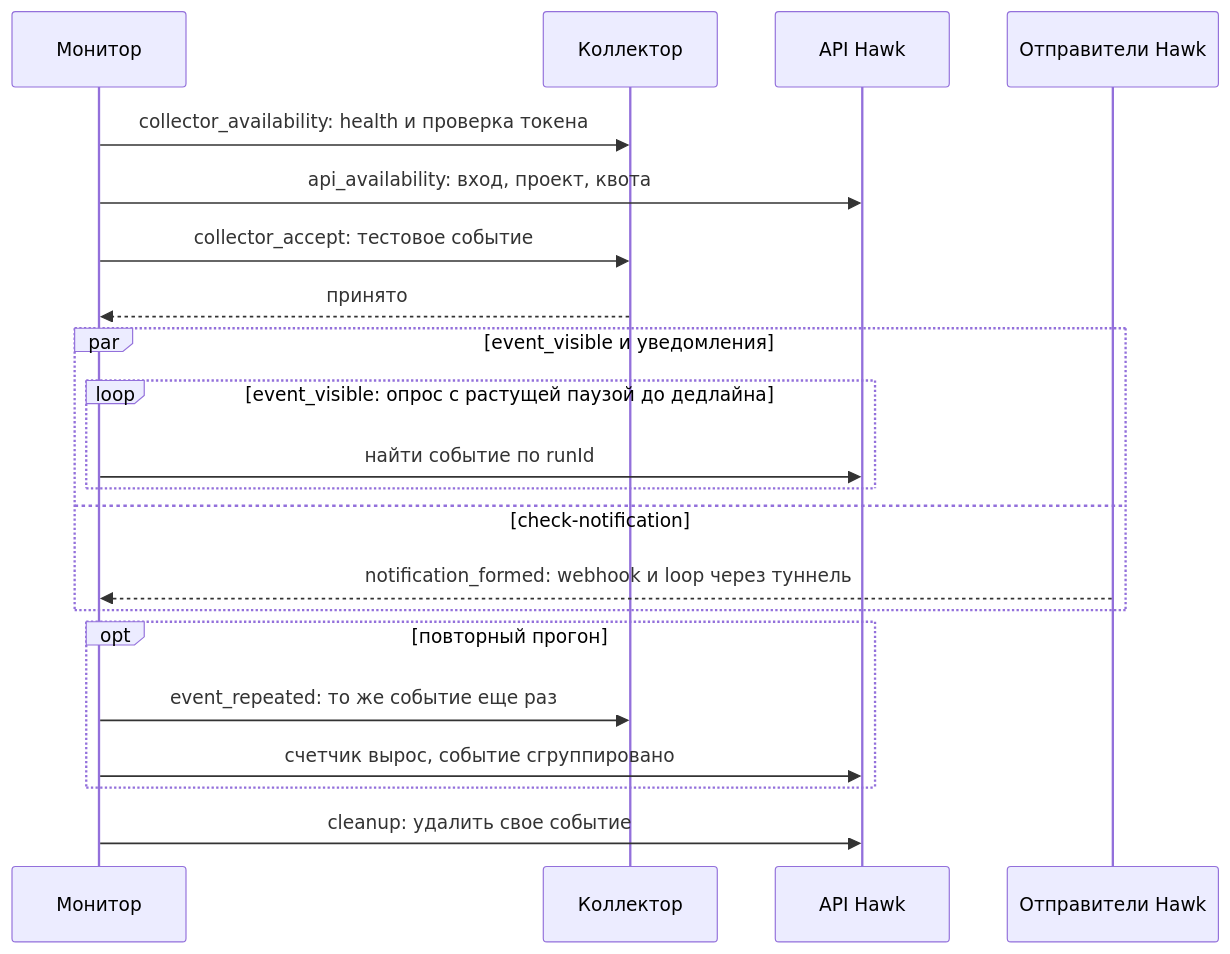
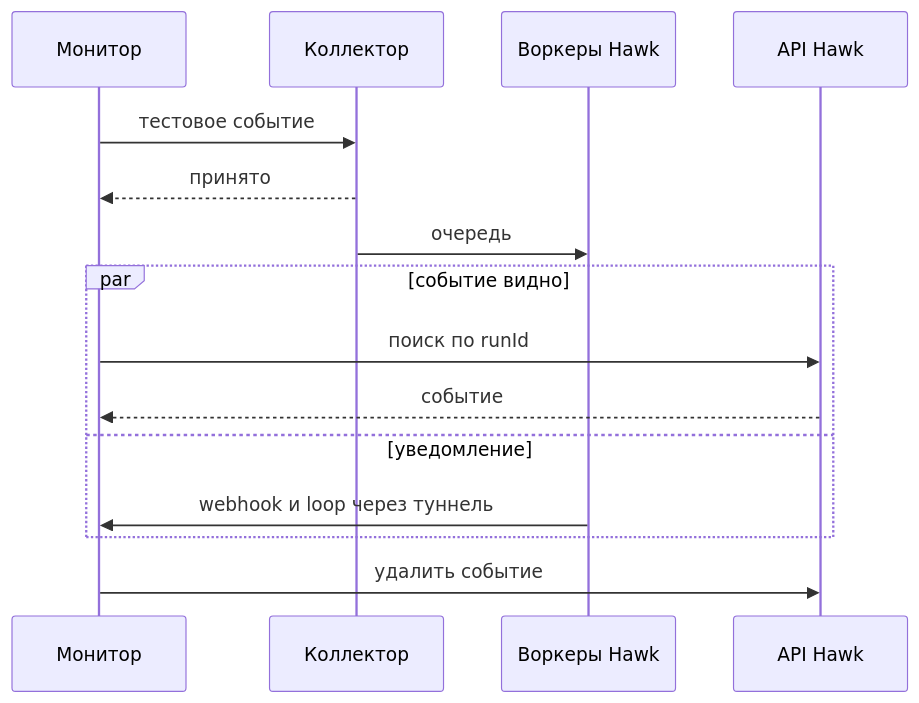
One commit to wFeeL/hawk-e2e-monitor changed the second of 2 diagrams in README.md. Above: the diagram before and after it, drawn with Mermaid. The commit also changed other lines of this file, not shown here.

Commit message:
docs: shorten the readme and add drills, the run command and the telegram setup

````diff
--- a/README.md
+++ b/README.md
@@ -133,23 +154,17 @@
 ```mermaid
 sequenceDiagram
   participant M as Монитор
   participant C as Коллектор
+  participant W as Воркеры Hawk
   participant A as API Hawk
-  participant N as Отправители Hawk
-  M->>C: collector_availability: health и проверка токена
-  M->>A: api_availability: вход, проект, квота
-  M->>C: collector_accept: тестовое событие
+  M->>C: тестовое событие
   C-->>M: принято
-  par event_visible и уведомления
-    loop event_visible: опрос с растущей паузой до дедлайна
-      M->>A: найти событие по runId
-    end
-  and check-notification
-    N-->>M: notification_formed: webhook и loop через туннель
+  C->>W: очередь
+  par событие видно
+    M->>A: поиск по runId
+    A-->>M: событие
+  and уведомление
+    W->>M: webhook и loop через туннель
   end
-  opt повторный прогон
-    M->>C: event_repeated: то же событие еще раз
-    M->>A: счетчик вырос, событие сгруппировано
-  end
-  M->>A: cleanup: удалить свое событие
+  M->>A: удалить событие
 ```
````
